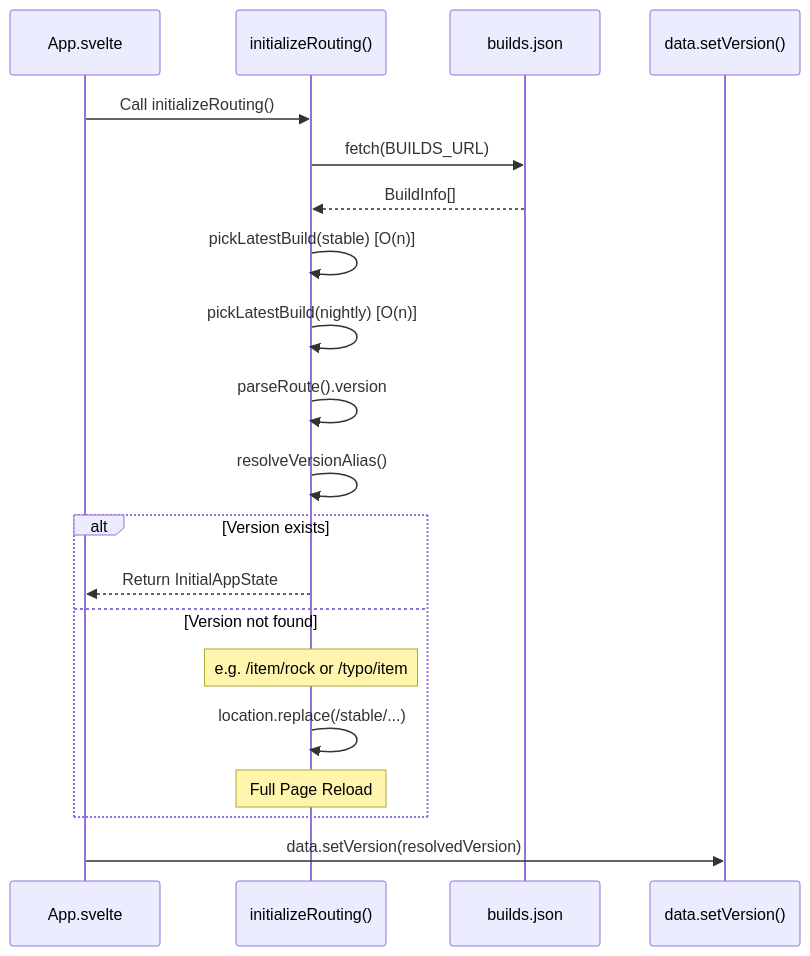
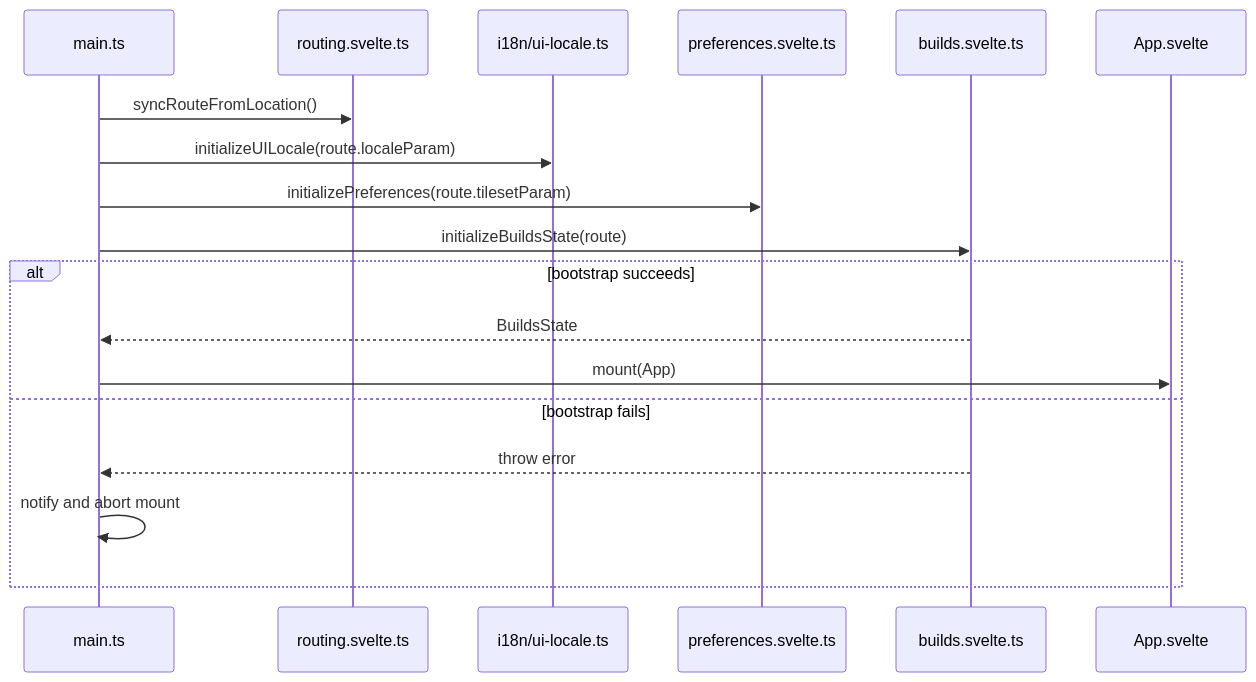
One commit to ushkinaz/cbn-guide changed the diagram in docs/routing.md. Above: the diagram before and after it, drawn with Mermaid. The commit also changed other lines of this file and 36 other files, not shown here.

Commit message:
refactor(core): restructure routing, navigation, and bootstrap logic

````diff
--- a/docs/routing.md
+++ b/docs/routing.md
@@ -105,26 +160,22 @@
 ```mermaid
 sequenceDiagram
+    participant Main as main.ts
+    participant Route as routing.svelte.ts
+    participant I18n as i18n/ui-locale.ts
+    participant Prefs as preferences.svelte.ts
+    participant Builds as builds.svelte.ts
     participant App as App.svelte
-    participant Init as initializeRouting()
-    participant Builds as builds.json
-    participant Data as data.setVersion()
 
-    App->>Init: Call initializeRouting()
-    Init->>Builds: fetch(BUILDS_URL)
-    Builds-->>Init: BuildInfo[]
+    Main->>Route: syncRouteFromLocation()
+    Main->>I18n: initializeUILocale(route.localeParam)
+    Main->>Prefs: initializePreferences(route.tilesetParam)
+    Main->>Builds: initializeBuildsState(route)
 
-    Init->>Init: pickLatestBuild(stable) [O(n)]
-    Init->>Init: pickLatestBuild(nightly) [O(n)]
-    Init->>Init: parseRoute().version
-    Init->>Init: resolveVersionAlias()
-
-    alt Version exists
-        Init-->>App: Return InitialAppState
-    else Version not found
-        Note over Init: e.g. /item/rock or /typo/item
-        Init->>Init: location.replace(/stable/...)
-        Note over Init: Full Page Reload
+    alt bootstrap succeeds
+        Builds-->>Main: BuildsState
+        Main->>App: mount(App)
+    else bootstrap fails
+        Builds-->>Main: throw error
+        Main->>Main: notify and abort mount
     end
-
-    App->>Data: data.setVersion(resolvedVersion)
 ```
````
